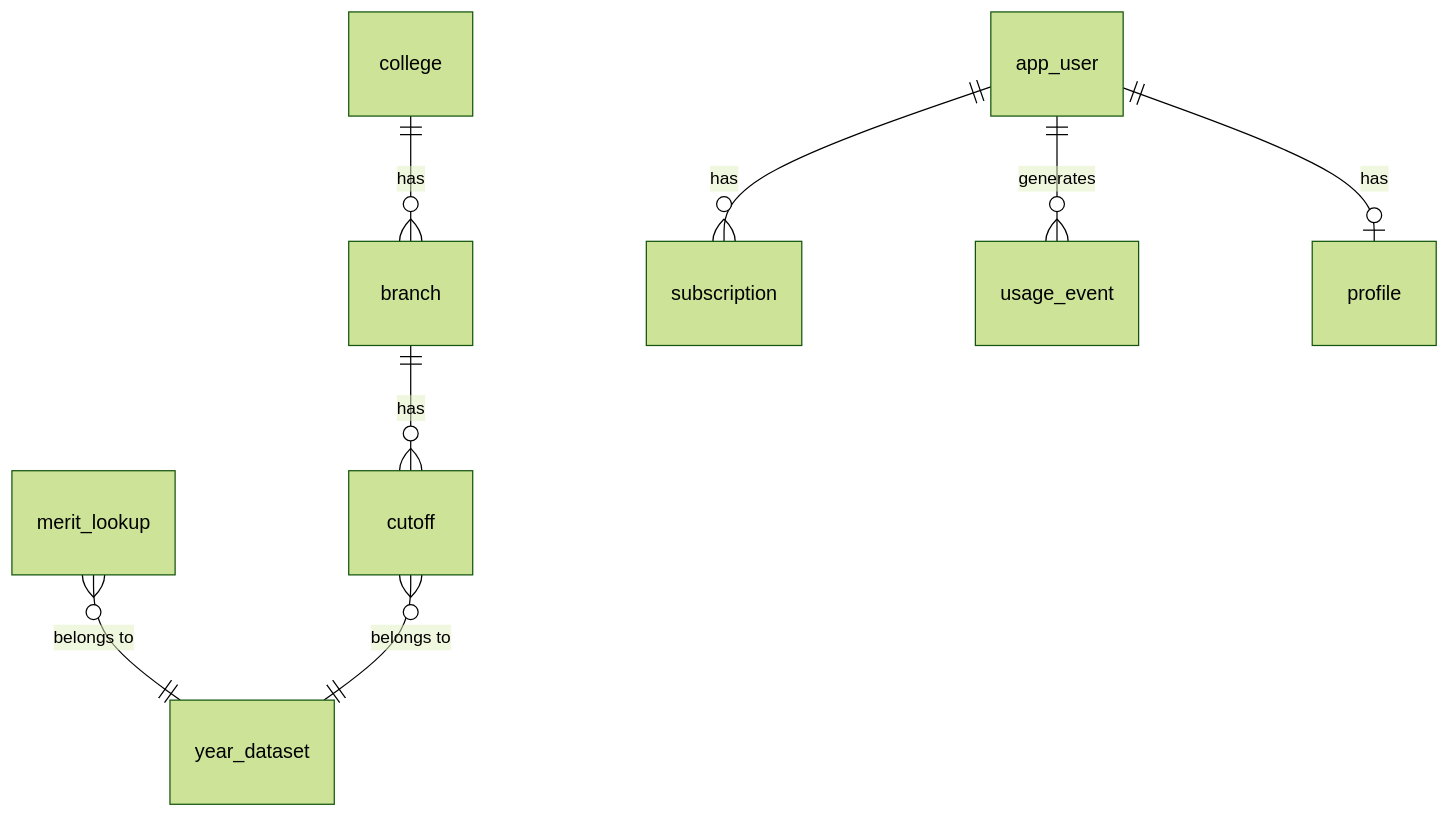
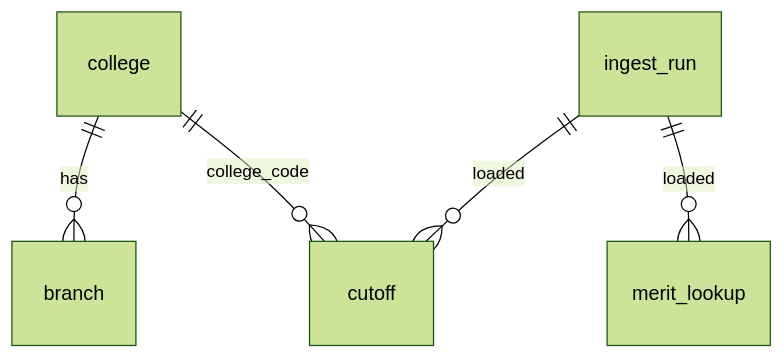
Before and after one commit to dambhore-web/mhtcet-cap-analysis: the diagram in docs/03-domain/data-model.md, drawn with Mermaid (forest theme). The commit also changed other lines of this file and 15 other files, not shown here.

````diff
--- a/docs/03-domain/data-model.md
+++ b/docs/03-domain/data-model.md
@@ -34,10 +59,7 @@
 ```mermaid
 erDiagram
   college ||--o{ branch : has
-  branch ||--o{ cutoff : has
-  merit_lookup }o--|| year_dataset : "belongs to"
-  cutoff }o--|| year_dataset : "belongs to"
-  app_user ||--o{ subscription : has
-  app_user ||--o{ usage_event : generates
-  app_user ||--o| profile : has
+  college ||--o{ cutoff : "college_code"
+  ingest_run ||--o{ cutoff : loaded
+  ingest_run ||--o{ merit_lookup : loaded
 ```
````
